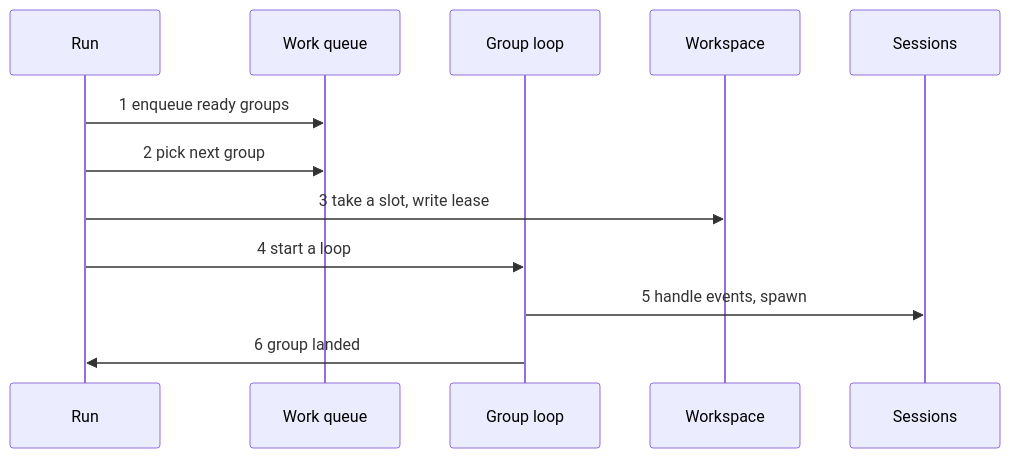
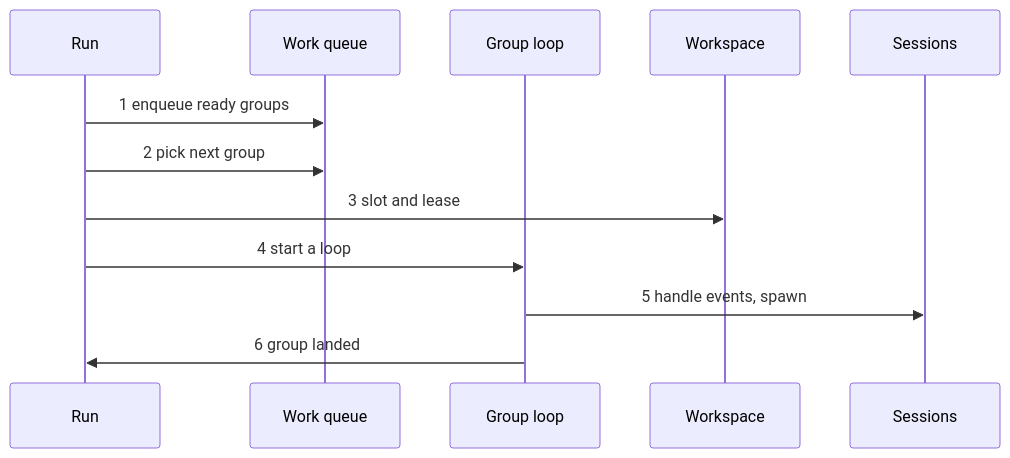
One commit to rdevitto86/komodo-agentic-harness-coding changed diagram 12 of 45 in docs/hld.md. Above: the diagram before and after it, drawn with Mermaid. The commit also changed other lines of this file, not shown here.

````diff
--- a/docs/hld.md
+++ b/docs/hld.md
@@ -702,14 +702,14 @@
 ```mermaid
 sequenceDiagram
   participant R as Run
   participant Q as Work queue
   participant D as Group loop
   participant W as Workspace
   participant S as Sessions
   R->>Q: 1 enqueue ready groups
   R->>Q: 2 pick next group
-  R->>W: 3 take a slot, write lease
+  R->>W: 3 slot and lease
   R->>D: 4 start a loop
   D->>S: 5 handle events, spawn
   D->>R: 6 group landed
 ```
````
